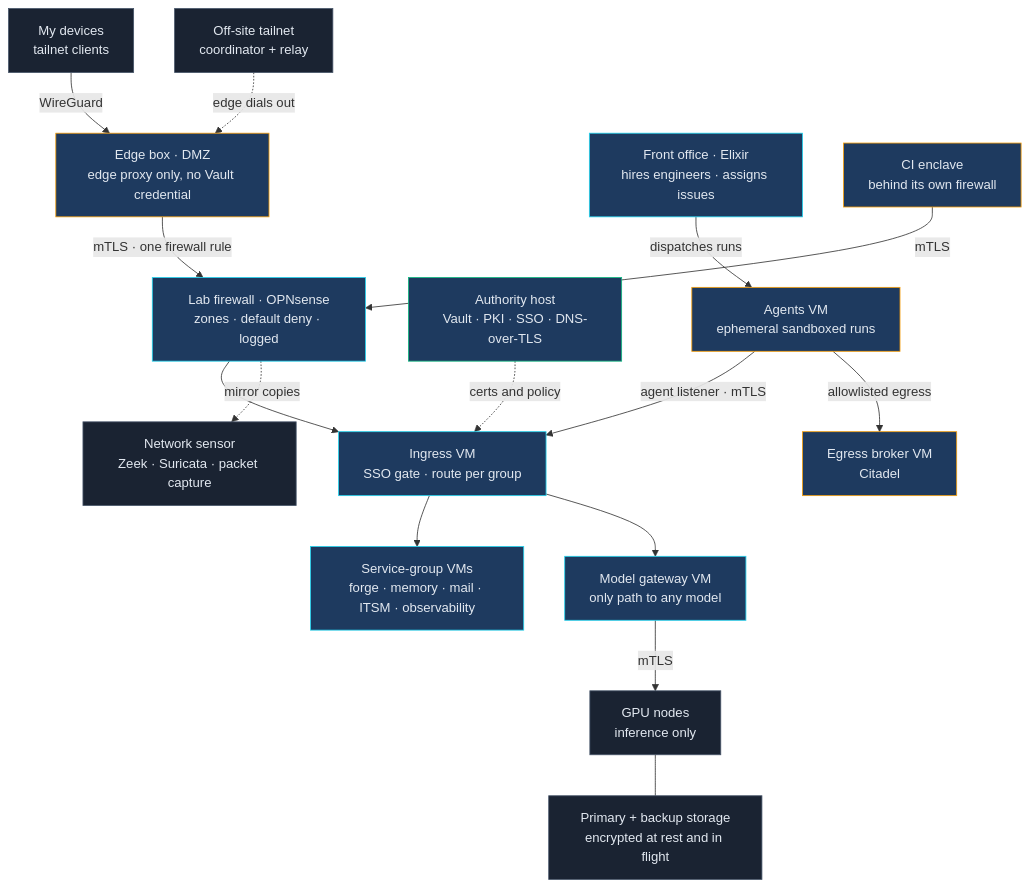
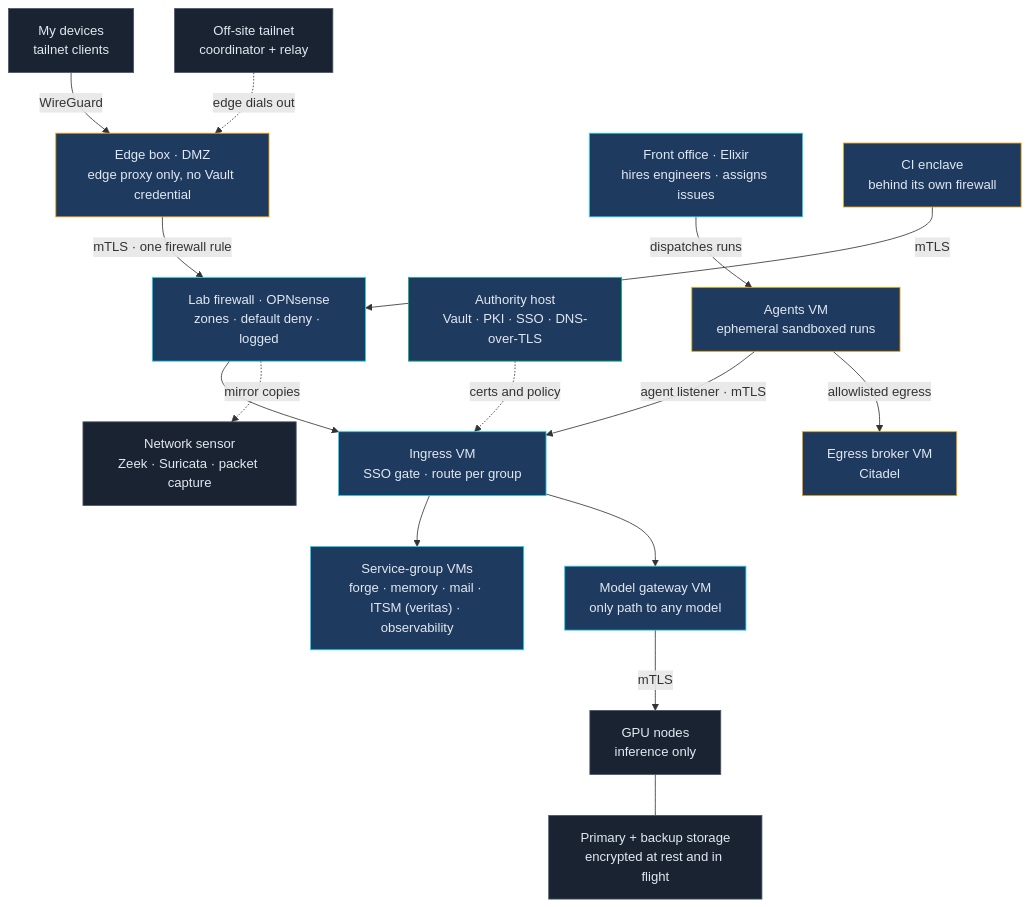
One commit to beardedeagle/beardedeagle.github.io changed the diagram in src/projects/devlocal.md. Above: the diagram before and after it, drawn with Mermaid. The commit also changed other lines of this file and 3 other files, not shown here.

First line of the commit message:
Add veritas project page and keep diagram toolbars clear of content (#14)

```diff
--- a/src/projects/devlocal.md
+++ b/src/projects/devlocal.md
@@ -43,32 +43,32 @@
 {% mermaid %}
 flowchart TB
     DEV["My devices<br/>tailnet clients"] -->|"WireGuard"| EDGE["Edge box · DMZ<br/>edge proxy only, no Vault credential"]
     CTRL["Off-site tailnet<br/>coordinator + relay"] -.->|"edge dials out"| EDGE
     EDGE -->|"mTLS · one firewall rule"| FW["Lab firewall · OPNsense<br/>zones · default deny · logged"]
     FW --> ING["Ingress VM<br/>SSO gate · route per group"]
-    ING --> SVC["Service-group VMs<br/>forge · memory · mail · ITSM · observability"]
+    ING --> SVC["Service-group VMs<br/>forge · memory · mail · ITSM (veritas) · observability"]
     ING --> GW["Model gateway VM<br/>only path to any model"]
     AUTH["Authority host<br/>Vault · PKI · SSO · DNS-over-TLS"] -.->|"certs and policy"| ING
     FO["Front office · Elixir<br/>hires engineers · assigns issues"] -->|"dispatches runs"| AG["Agents VM<br/>ephemeral sandboxed runs"]
     AG -->|"agent listener · mTLS"| ING
     AG -->|"allowlisted egress"| BRK["Egress broker VM<br/>Citadel"]
     GW -->|"mTLS"| GPU["GPU nodes<br/>inference only"]
     GPU --- STO["Primary + backup storage<br/>encrypted at rest and in flight"]
     CI["CI enclave<br/>behind its own firewall"] -->|"mTLS"| FW
     FW -.->|"mirror copies"| SO["Network sensor<br/>Zeek · Suricata · packet capture"]
     style DEV fill:#1a2332,stroke:#475569,color:#e2e8f0
     style CTRL fill:#1a2332,stroke:#475569,color:#e2e8f0
     style EDGE fill:#1e3a5f,stroke:#f59e0b,color:#e2e8f0
     style FW fill:#1e3a5f,stroke:#22d3ee,color:#e2e8f0
     style ING fill:#1e3a5f,stroke:#22d3ee,color:#e2e8f0
     style SVC fill:#1e3a5f,stroke:#22d3ee,color:#e2e8f0
     style GW fill:#1e3a5f,stroke:#22d3ee,color:#e2e8f0
     style AUTH fill:#1e3a5f,stroke:#10b981,color:#e2e8f0
     style FO fill:#1e3a5f,stroke:#22d3ee,color:#e2e8f0
     style AG fill:#1e3a5f,stroke:#f59e0b,color:#e2e8f0
     style BRK fill:#1e3a5f,stroke:#f59e0b,color:#e2e8f0
     style GPU fill:#1a2332,stroke:#475569,color:#e2e8f0
     style STO fill:#1a2332,stroke:#475569,color:#e2e8f0
     style CI fill:#1e3a5f,stroke:#f59e0b,color:#e2e8f0
     style SO fill:#1a2332,stroke:#475569,color:#e2e8f0
 {% endmermaid %}
```
